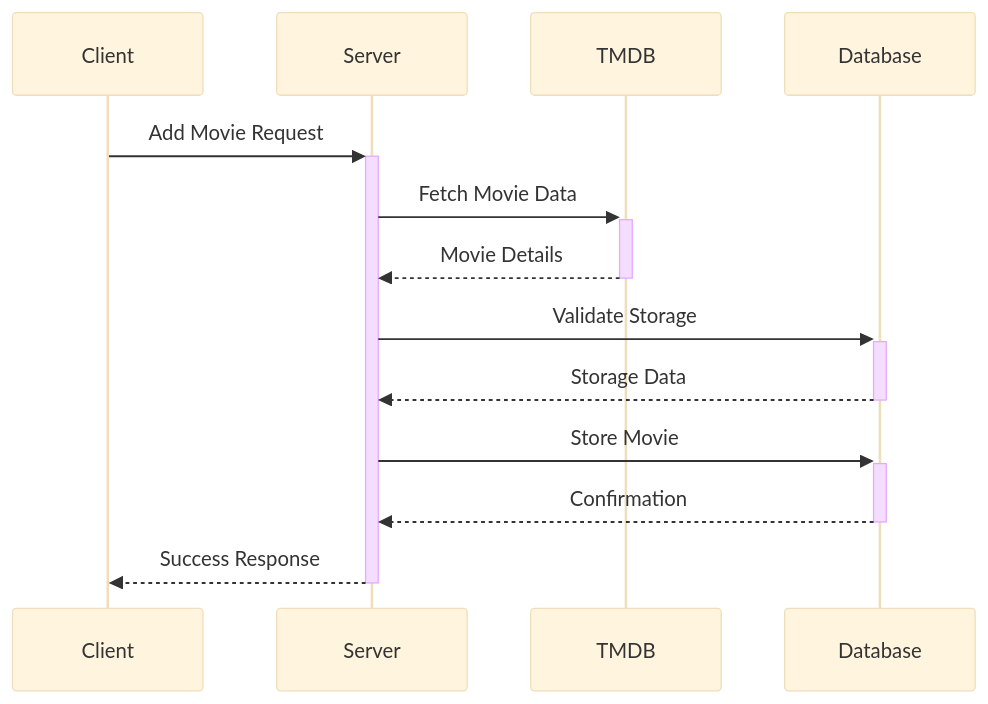
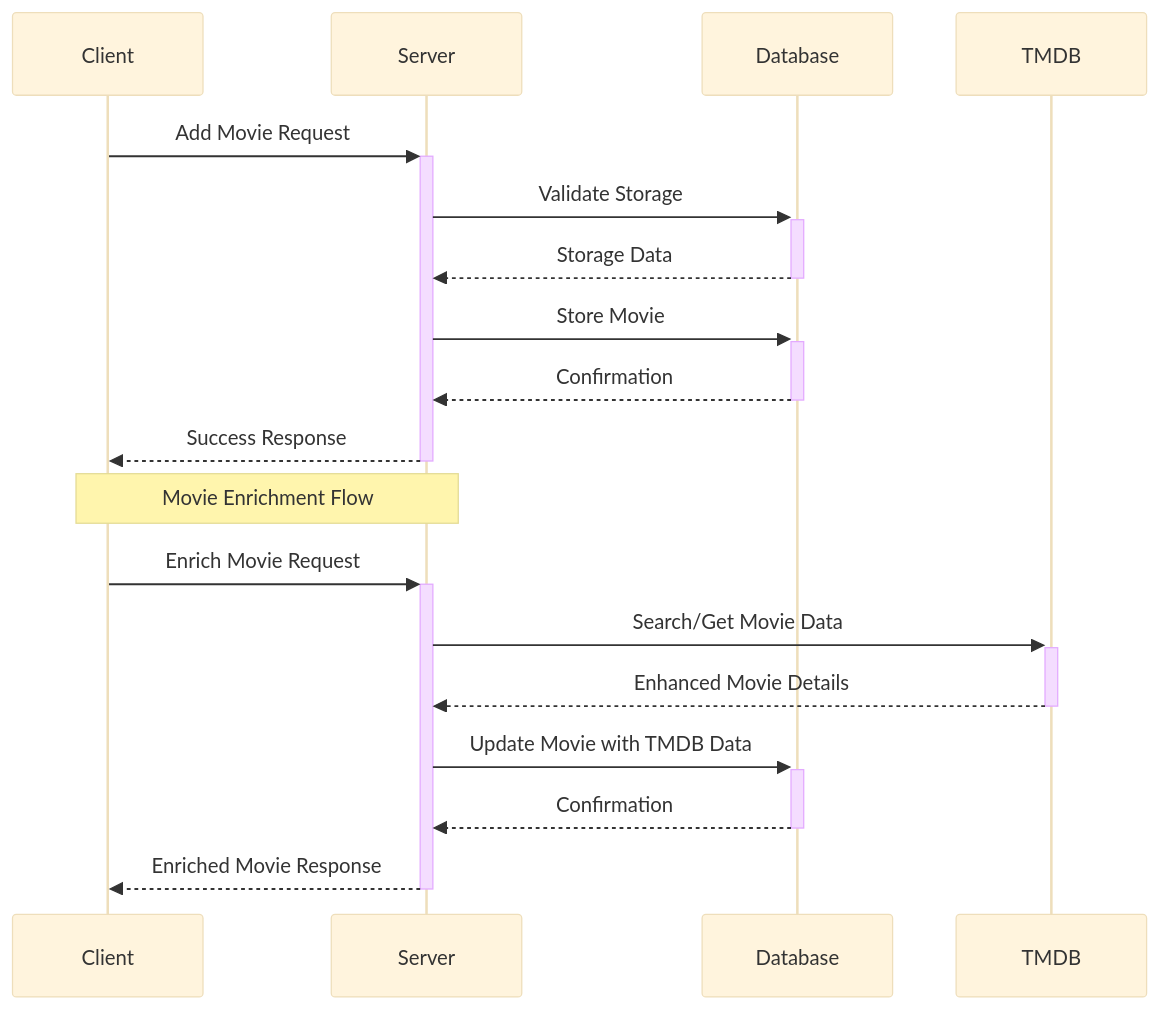
One commit to trekie86/media-manager changed the seventh of 10 diagrams in memory-bank/systemPatterns.md. Above: the diagram before and after it, drawn with Mermaid (base theme). The commit also changed other lines of this file and 9 other files, not shown here.

First line of the commit message:
feat: Complete TMDB integration with professional service architecture

````diff
--- a/memory-bank/systemPatterns.md
+++ b/memory-bank/systemPatterns.md
@@ -225,11 +237,17 @@
 ```mermaid
 sequenceDiagram
     Client->>+Server: Add Movie Request
-    Server->>+TMDB: Fetch Movie Data
-    TMDB-->>-Server: Movie Details
     Server->>+Database: Validate Storage
     Database-->>-Server: Storage Data
     Server->>+Database: Store Movie
     Database-->>-Server: Confirmation
     Server-->>-Client: Success Response
+    
+    Note over Client,Server: Movie Enrichment Flow
+    Client->>+Server: Enrich Movie Request
+    Server->>+TMDB: Search/Get Movie Data
+    TMDB-->>-Server: Enhanced Movie Details
+    Server->>+Database: Update Movie with TMDB Data
+    Database-->>-Server: Confirmation
+    Server-->>-Client: Enriched Movie Response
 ```
````
